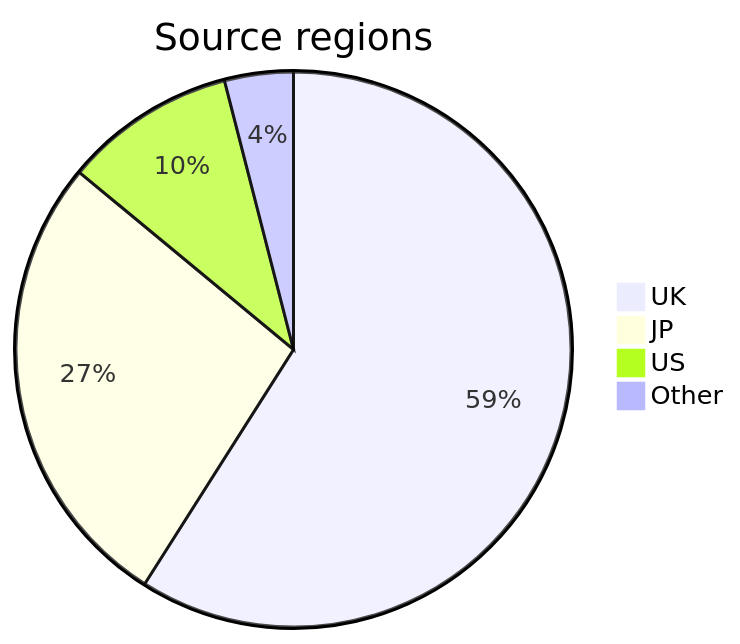
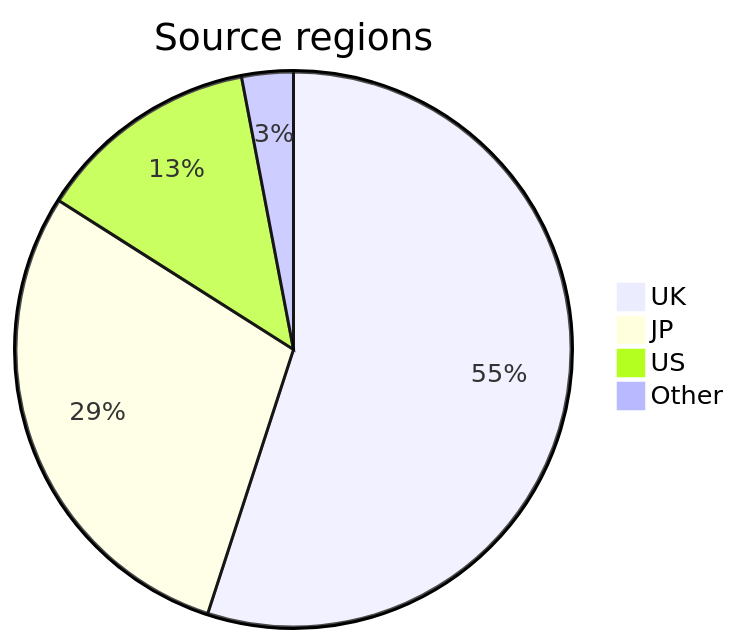
One commit to ace-dent/gbc-hw changed the diagram in gbc-census/docs/notes.md. Above: the diagram before and after it, drawn with Mermaid. The commit also changed other lines of this file and 8 other files, not shown here.

````diff
--- a/gbc-census/docs/notes.md
+++ b/gbc-census/docs/notes.md
@@ -9,7 +9,7 @@
 ```mermaid
 pie title Source regions
-    "UK" : 59
-    "JP" : 27
-    "US" : 10
-    "Other" : 4
+    "UK" : 55
+    "JP" : 29
+    "US" : 13
+    "Other" : 3
 ```
````
